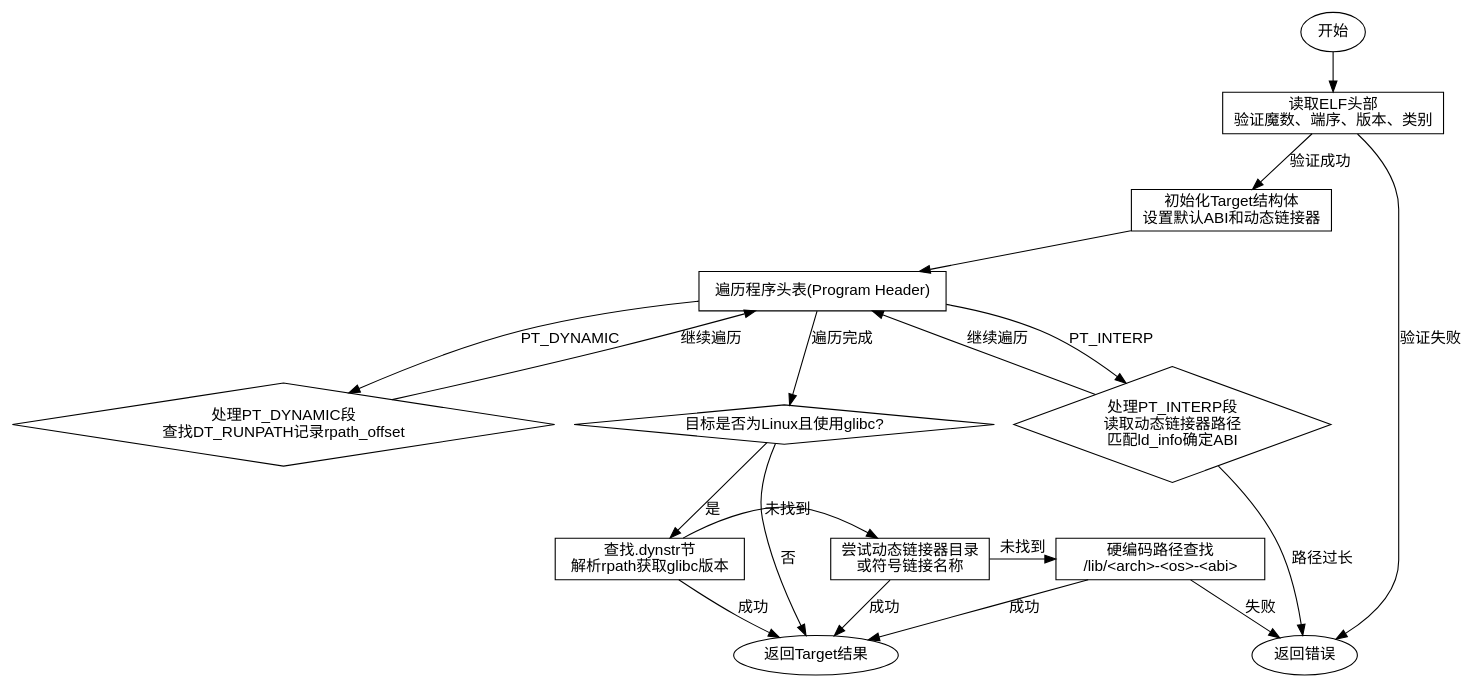
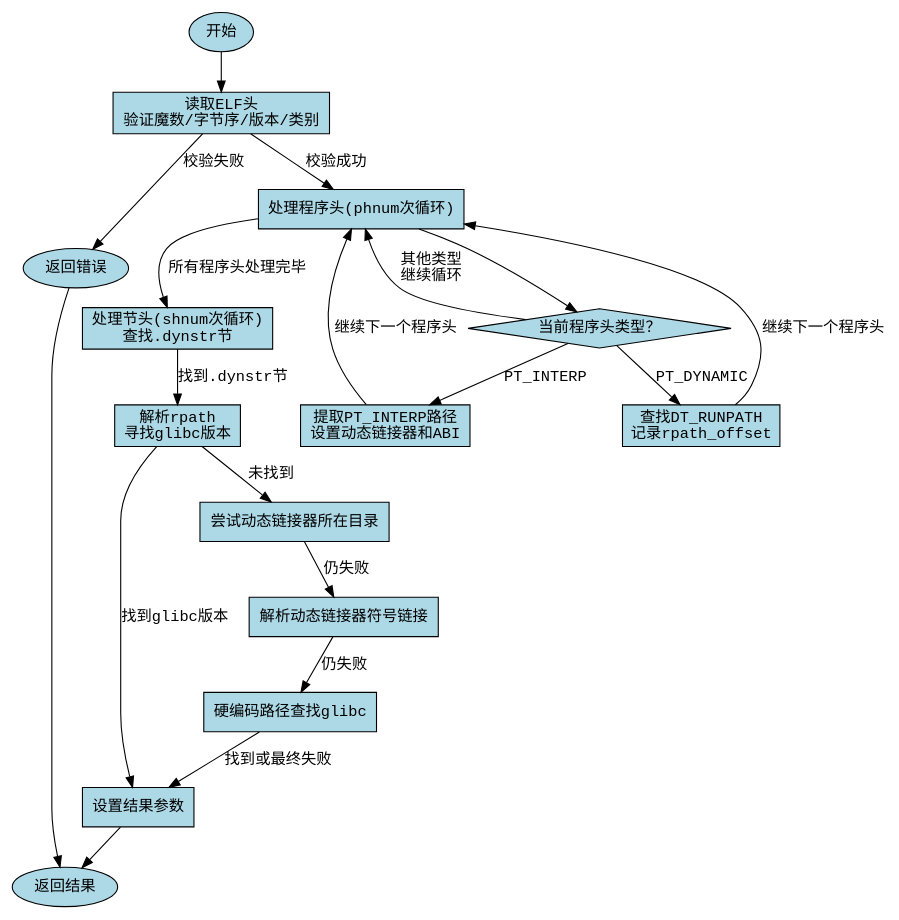
One commit to sdzx-1/deepseek-zig-reader changed the diagram in dot_std/zig/system.zig.abiAndDynamicLinkerFromFile.md. Above: the diagram before and after it, drawn with Graphviz. The commit also changed other lines of this file and 236 other files, not shown here.

````diff
--- a/dot_std/zig/system.zig.abiAndDynamicLinkerFromFile.md
+++ b/dot_std/zig/system.zig.abiAndDynamicLinkerFromFile.md
@@ -38,46 +38,45 @@
-```graphviz
+```dot
 digraph flowchart {
-    node [fontname="Helvetica", shape=rect];
-    edge [fontname="Helvetica"];
+    node [shape=rectangle, fontname="Courier New", style=filled, fillcolor=lightblue];
+    edge [fontname="Courier New"];
 
     start [label="开始", shape=ellipse];
-    read_elf_header [label="读取ELF头部\n验证魔数、端序、版本、类别"];
-    init_target [label="初始化Target结构体\n设置默认ABI和动态链接器"];
-    process_ph [label="遍历程序头表(Program Header)"];
-    check_pt_interp [label="处理PT_INTERP段\n读取动态链接器路径\n匹配ld_info确定ABI", shape=diamond];
-    check_pt_dynamic [label="处理PT_DYNAMIC段\n查找DT_RUNPATH记录rpath_offset", shape=diamond];
-    check_linux_glibc [label="目标是否为Linux且使用glibc?", shape=diamond];
-    find_dynstr [label="查找.dynstr节\n解析rpath获取glibc版本"];
-    check_dl_path [label="尝试动态链接器目录\n或符号链接名称"];
-    fallback_path [label="硬编码路径查找\n/lib/<arch>-<os>-<abi>"];
-    return_result [label="返回Target结果", shape=ellipse];
+    end [label="返回结果", shape=ellipse];
     error [label="返回错误", shape=ellipse];
 
+    read_elf_header [label="读取ELF头\n验证魔数/字节序/版本/类别"];
+    process_ph [label="处理程序头(phnum次循环)"];
+    check_ph_type [label="当前程序头类型？", shape=diamond];
+    handle_pt_interp [label="提取PT_INTERP路径\n设置动态链接器和ABI"];
+    handle_pt_dynamic [label="查找DT_RUNPATH\n记录rpath_offset"];
+    process_sh [label="处理节头(shnum次循环)\n查找.dynstr节"];
+    parse_rpath [label="解析rpath\n寻找glibc版本"];
+    try_dl_dir [label="尝试动态链接器所在目录"];
+    try_symlink [label="解析动态链接器符号链接"];
+    fallback_path [label="硬编码路径查找glibc"];
+    setup_result [label="设置结果参数"];
+
     start -> read_elf_header;
-    read_elf_header -> error [label="验证失败"];
-    read_elf_header -> init_target [label="验证成功"];
-    init_target -> process_ph;
+    read_elf_header -> error [label="校验失败"];
+    read_elf_header -> process_ph [label="校验成功"];
 
-    process_ph -> check_pt_interp [label="PT_INTERP"];
-    check_pt_interp -> error [label="路径过长"];
-    check_pt_interp -> process_ph [label="继续遍历"];
+    process_ph -> check_ph_type;
+    check_ph_type -> handle_pt_interp [label="PT_INTERP"];
+    check_ph_type -> handle_pt_dynamic [label="PT_DYNAMIC"];
+    check_ph_type -> process_ph [label="其他类型\n继续循环"];
+    handle_pt_interp -> process_ph [label="继续下一个程序头"];
+    handle_pt_dynamic -> process_ph [label="继续下一个程序头"];
 
-    process_ph -> check_pt_dynamic [label="PT_DYNAMIC"];
-    check_pt_dynamic -> process_ph [label="继续遍历"];
+    process_ph -> process_sh [label="所有程序头处理完毕"];
+    process_sh -> parse_rpath [label="找到.dynstr节"];
+    parse_rpath -> setup_result [label="找到glibc版本"];
+    parse_rpath -> try_dl_dir [label="未找到"];
 
-    process_ph -> check_linux_glibc [label="遍历完成"];
-    check_linux_glibc -> find_dynstr [label="是"];
-    check_linux_glibc -> return_result [label="否"];
+    try_dl_dir -> try_symlink [label="仍失败"];
+    try_symlink -> fallback_path [label="仍失败"];
+    fallback_path -> setup_result [label="找到或最终失败"];
 
-    find_dynstr -> check_dl_path [label="未找到"];
-    check_dl_path -> fallback_path [label="未找到"];
-    fallback_path -> return_result [label="成功"];
-    fallback_path -> error [label="失败"];
-
-    find_dynstr -> return_result [label="成功"];
-    check_dl_path -> return_result [label="成功"];
-
-    {rank=same; check_pt_interp; check_pt_dynamic}
-    {rank=same; find_dynstr; check_dl_path; fallback_path}
+    setup_result -> end;
+    error -> end;
 }
 ```
````
